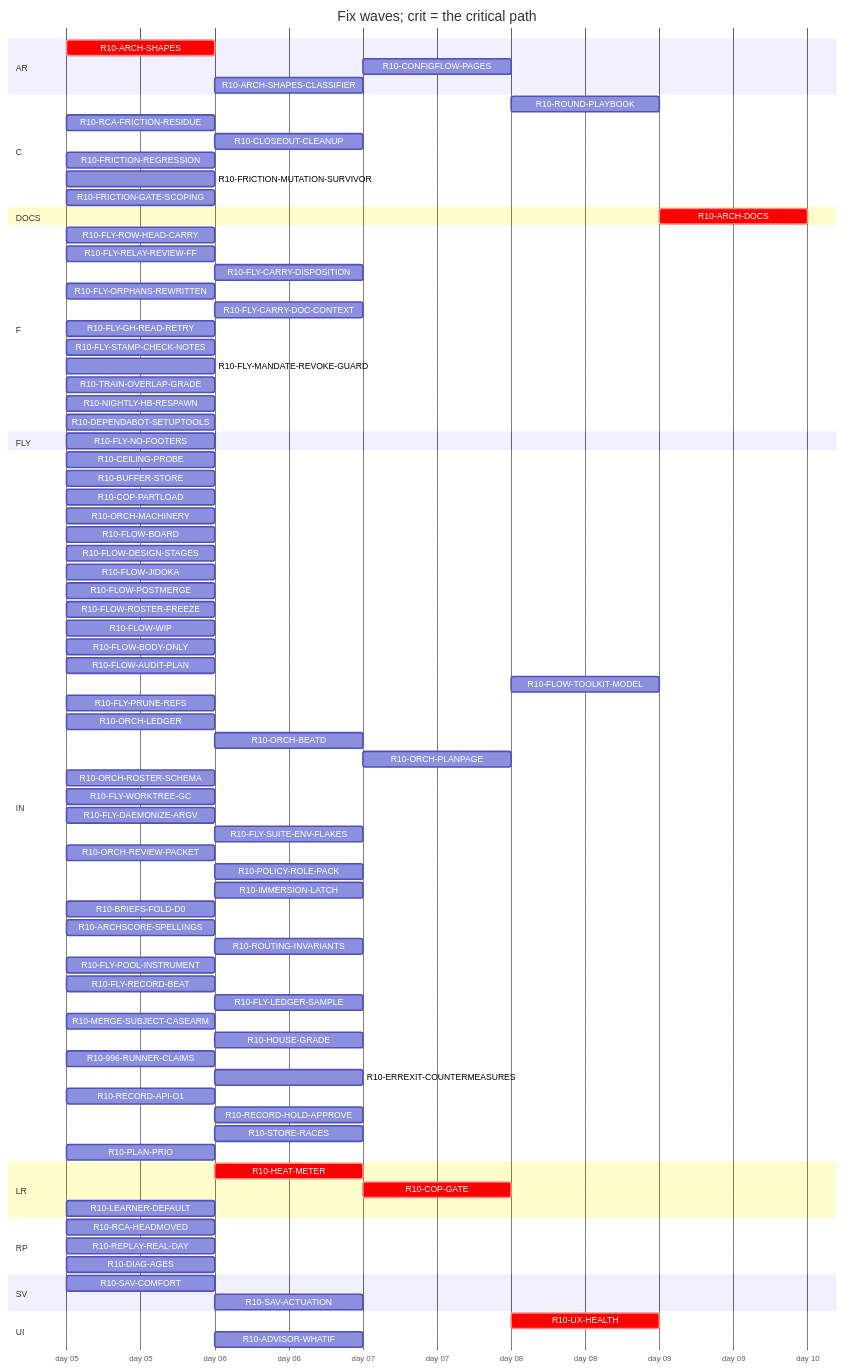
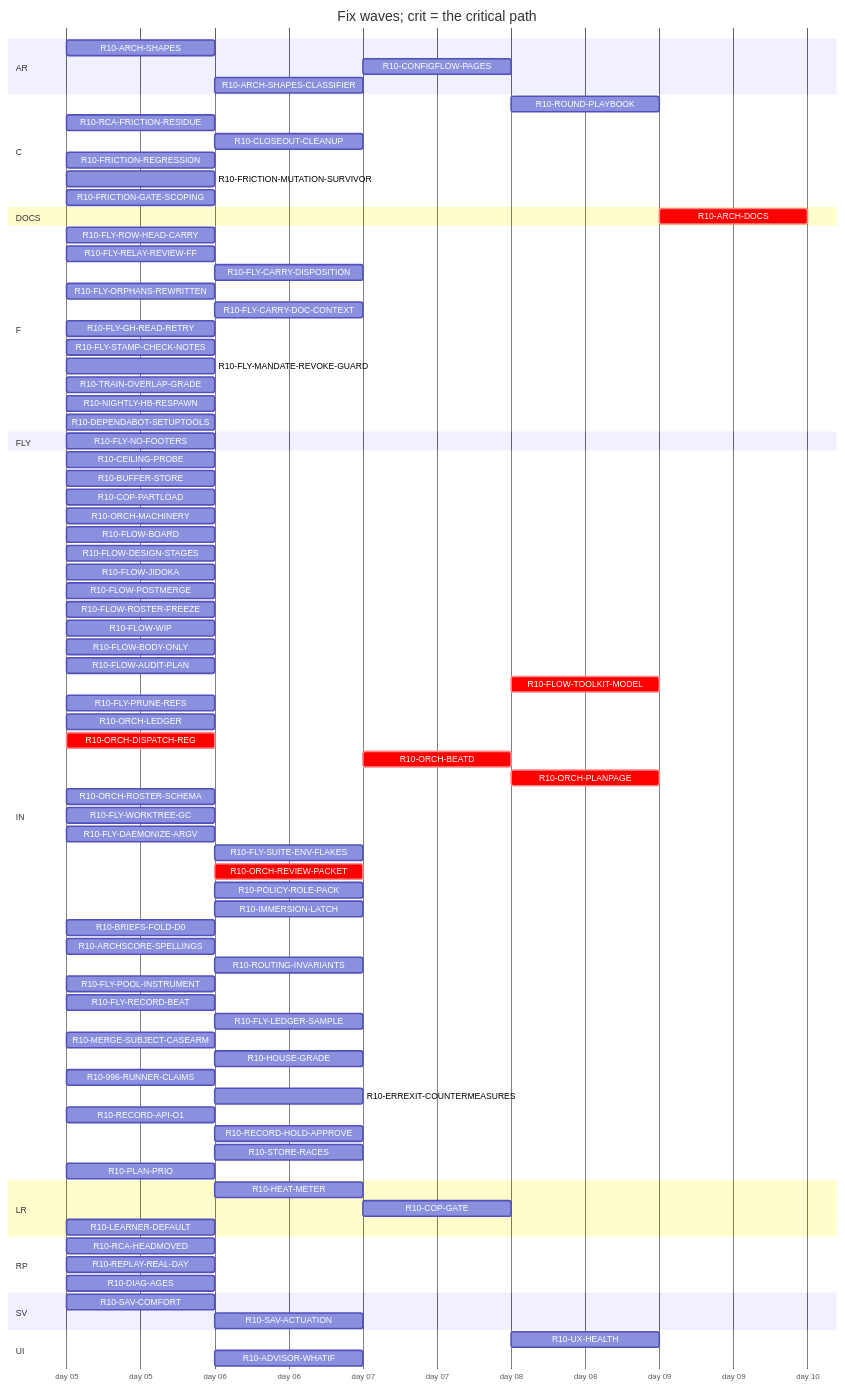
Before and after one commit to tvofi/heatpump_optimizer: the diagram in handoff/round10/state/PLAN-TABLE.md, drawn with Mermaid. The commit also changed other lines of this file and 2 other files, not shown here.

````diff
--- a/handoff/round10/state/PLAN-TABLE.md
+++ b/handoff/round10/state/PLAN-TABLE.md
@@ -26,18 +26,18 @@
   dateFormat YYYY-MM-DD
   axisFormat day %d
   section AR
-    R10-ARCH-SHAPES :crit, r10ARCHSHAPES, 2026-01-05, 1d
+    R10-ARCH-SHAPES :r10ARCHSHAPES, 2026-01-05, 1d
     R10-CONFIGFLOW-PAGES :r10CONFIGFLOWPAGES, after r10HEATMETER, 1d
     R10-ARCH-SHAPES-CLASSIFIER :r10ARCHSHAPESCLASSIFIER, after r10996RUNNERCLAIMS r10ARCHSHAPES, 1d
   section C
-    R10-ROUND-PLAYBOOK :r10ROUNDPLAYBOOK, after r10FLOWAUDITPLAN r10ORCHLEDGER r10ORCHBEATD r10ORCHPLANPAGE r10FLYRELAYREVIEWFF r10FLOWROSTERFREEZE r10FLOWBODYONLY, 1d
+    R10-ROUND-PLAYBOOK :r10ROUNDPLAYBOOK, after r10FLOWAUDITPLAN r10ORCHLEDGER r10ORCHDISPATCHREG r10ORCHBEATD r10ORCHPLANPAGE r10FLYRELAYREVIEWFF r10FLOWROSTERFREEZE r10FLOWBODYONLY, 1d
     R10-RCA-FRICTION-RESIDUE :r10RCAFRICTIONRESIDUE, 2026-01-05, 1d
     R10-CLOSEOUT-CLEANUP :r10CLOSEOUTCLEANUP, after r10FLYPRUNEREFS r10FLYWORKTREEGC, 1d
     R10-FRICTION-REGRESSION :r10FRICTIONREGRESSION, 2026-01-05, 1d
     R10-FRICTION-MUTATION-SURVIVOR :r10FRICTIONMUTATIONSURVIVOR, 2026-01-05, 1d
     R10-FRICTION-GATE-SCOPING :r10FRICTIONGATESCOPING, 2026-01-05, 1d
   section DOCS
-    R10-ARCH-DOCS :crit, r10ARCHDOCS, after r10ARCHSHAPES r10HEATMETER r10COPGATE r10UXHEALTH r10CONFIGFLOWPAGES r10RCAHEADMOVED r10SAVCOMFORT r10CEILINGPROBE r10BUFFERSTORE r10COPPARTLOAD r10LEARNERDEFAULT r10FLOWBOARD r10FLOWDESIGNSTAGES r10FLOWJIDOKA r10FLOWPOSTMERGE r10FLOWROSTERFREEZE r10FLOWWIP r10FLOWBODYONLY r10FLYROWHEADCARRY r10FLOWAUDITPLAN r10FLYRELAYREVIEWFF r10FLYCARRYDISPOSITION r10FLYORPHANSREWRITTEN r10FLYCARRYDOCCONTEXT r10FLOWTOOLKITMODEL r10FLYSTAMPCHECKNOTES r10FLYMANDATEREVOKEGUARD r10RCAFRICTIONRESIDUE r10TRAINOVERLAPGRADE r10NIGHTLYHBRESPAWN r10FLYPRUNEREFS r10ORCHLEDGER r10ORCHBEATD r10ORCHPLANPAGE r10ORCHROSTERSCHEMA r10FLYWORKTREEGC r10FLYDAEMONIZEARGV r10ORCHREVIEWPACKET r10POLICYROLEPACK r10IMMERSIONLATCH r10BRIEFSFOLDD0 r10REPLAYREALDAY r10ARCHSCORESPELLINGS r10SAVACTUATION r10FLYLEDGERSAMPLE, 1d
+    R10-ARCH-DOCS :crit, r10ARCHDOCS, after r10ARCHSHAPES r10HEATMETER r10COPGATE r10UXHEALTH r10CONFIGFLOWPAGES r10RCAHEADMOVED r10SAVCOMFORT r10CEILINGPROBE r10BUFFERSTORE r10COPPARTLOAD r10LEARNERDEFAULT r10FLOWBOARD r10FLOWDESIGNSTAGES r10FLOWJIDOKA r10FLOWPOSTMERGE r10FLOWROSTERFREEZE r10FLOWWIP r10FLOWBODYONLY r10FLYROWHEADCARRY r10FLOWAUDITPLAN r10FLYRELAYREVIEWFF r10FLYCARRYDISPOSITION r10FLYORPHANSREWRITTEN r10FLYCARRYDOCCONTEXT r10FLOWTOOLKITMODEL r10FLYSTAMPCHECKNOTES r10FLYMANDATEREVOKEGUARD r10RCAFRICTIONRESIDUE r10TRAINOVERLAPGRADE r10NIGHTLYHBRESPAWN r10FLYPRUNEREFS r10ORCHLEDGER r10ORCHDISPATCHREG r10ORCHBEATD r10ORCHPLANPAGE r10ORCHROSTERSCHEMA r10FLYWORKTREEGC r10FLYDAEMONIZEARGV r10ORCHREVIEWPACKET r10POLICYROLEPACK r10IMMERSIONLATCH r10BRIEFSFOLDD0 r10REPLAYREALDAY r10ARCHSCORESPELLINGS r10SAVACTUATION r10FLYLEDGERSAMPLE, 1d
   section F
     R10-FLY-ROW-HEAD-CARRY :r10FLYROWHEADCARRY, 2026-01-05, 1d
     R10-FLY-RELAY-REVIEW-FF :r10FLYRELAYREVIEWFF, 2026-01-05, 1d
@@ -65,16 +65,17 @@
     R10-FLOW-WIP :r10FLOWWIP, 2026-01-05, 1d
     R10-FLOW-BODY-ONLY :r10FLOWBODYONLY, 2026-01-05, 1d
     R10-FLOW-AUDIT-PLAN :r10FLOWAUDITPLAN, 2026-01-05, 1d
-    R10-FLOW-TOOLKIT-MODEL :r10FLOWTOOLKITMODEL, after r10ORCHPLANPAGE, 1d
+    R10-FLOW-TOOLKIT-MODEL :crit, r10FLOWTOOLKITMODEL, after r10ORCHPLANPAGE, 1d
     R10-FLY-PRUNE-REFS :r10FLYPRUNEREFS, 2026-01-05, 1d
     R10-ORCH-LEDGER :r10ORCHLEDGER, 2026-01-05, 1d
-    R10-ORCH-BEATD :r10ORCHBEATD, after r10ORCHREVIEWPACKET r10FLOWROSTERFREEZE, 1d
-    R10-ORCH-PLANPAGE :r10ORCHPLANPAGE, after r10ORCHBEATD, 1d
+    R10-ORCH-DISPATCH-REG :crit, r10ORCHDISPATCHREG, 2026-01-05, 1d
+    R10-ORCH-BEATD :crit, r10ORCHBEATD, after r10ORCHDISPATCHREG r10ORCHREVIEWPACKET r10FLOWROSTERFREEZE, 1d
+    R10-ORCH-PLANPAGE :crit, r10ORCHPLANPAGE, after r10ORCHBEATD, 1d
     R10-ORCH-ROSTER-SCHEMA :r10ORCHROSTERSCHEMA, 2026-01-05, 1d
     R10-FLY-WORKTREE-GC :r10FLYWORKTREEGC, 2026-01-05, 1d
     R10-FLY-DAEMONIZE-ARGV :r10FLYDAEMONIZEARGV, 2026-01-05, 1d
     R10-FLY-SUITE-ENV-FLAKES :r10FLYSUITEENVFLAKES, after r10SAVCOMFORT, 1d
-    R10-ORCH-REVIEW-PACKET :r10ORCHREVIEWPACKET, 2026-01-05, 1d
+    R10-ORCH-REVIEW-PACKET :crit, r10ORCHREVIEWPACKET, after r10ORCHDISPATCHREG, 1d
     R10-POLICY-ROLE-PACK :r10POLICYROLEPACK, after r10FLOWDESIGNSTAGES, 1d
     R10-IMMERSION-LATCH :r10IMMERSIONLATCH, after r10ARCHSHAPES, 1d
     R10-BRIEFS-FOLD-D0 :r10BRIEFSFOLDD0, 2026-01-05, 1d
@@ -92,8 +93,8 @@
     R10-STORE-RACES :r10STORERACES, after r10BUFFERSTORE, 1d
     R10-PLAN-PRIO :r10PLANPRIO, 2026-01-05, 1d
   section LR
-    R10-HEAT-METER :crit, r10HEATMETER, after r10ARCHSHAPES, 1d
-    R10-COP-GATE :crit, r10COPGATE, after r10HEATMETER, 1d
+    R10-HEAT-METER :r10HEATMETER, after r10ARCHSHAPES, 1d
+    R10-COP-GATE :r10COPGATE, after r10HEATMETER, 1d
     R10-LEARNER-DEFAULT :r10LEARNERDEFAULT, 2026-01-05, 1d
   section RP
     R10-RCA-HEADMOVED :r10RCAHEADMOVED, 2026-01-05, 1d
@@ -103,6 +104,6 @@
     R10-SAV-COMFORT :r10SAVCOMFORT, 2026-01-05, 1d
     R10-SAV-ACTUATION :r10SAVACTUATION, after r10SAVCOMFORT, 1d
   section UI
-    R10-UX-HEALTH :crit, r10UXHEALTH, after r10COPGATE r10HEATMETER r10SAVCOMFORT, 1d
+    R10-UX-HEALTH :r10UXHEALTH, after r10COPGATE r10HEATMETER r10SAVCOMFORT, 1d
     R10-ADVISOR-WHATIF :r10ADVISORWHATIF, after r10SAVCOMFORT, 1d
 ```
````
